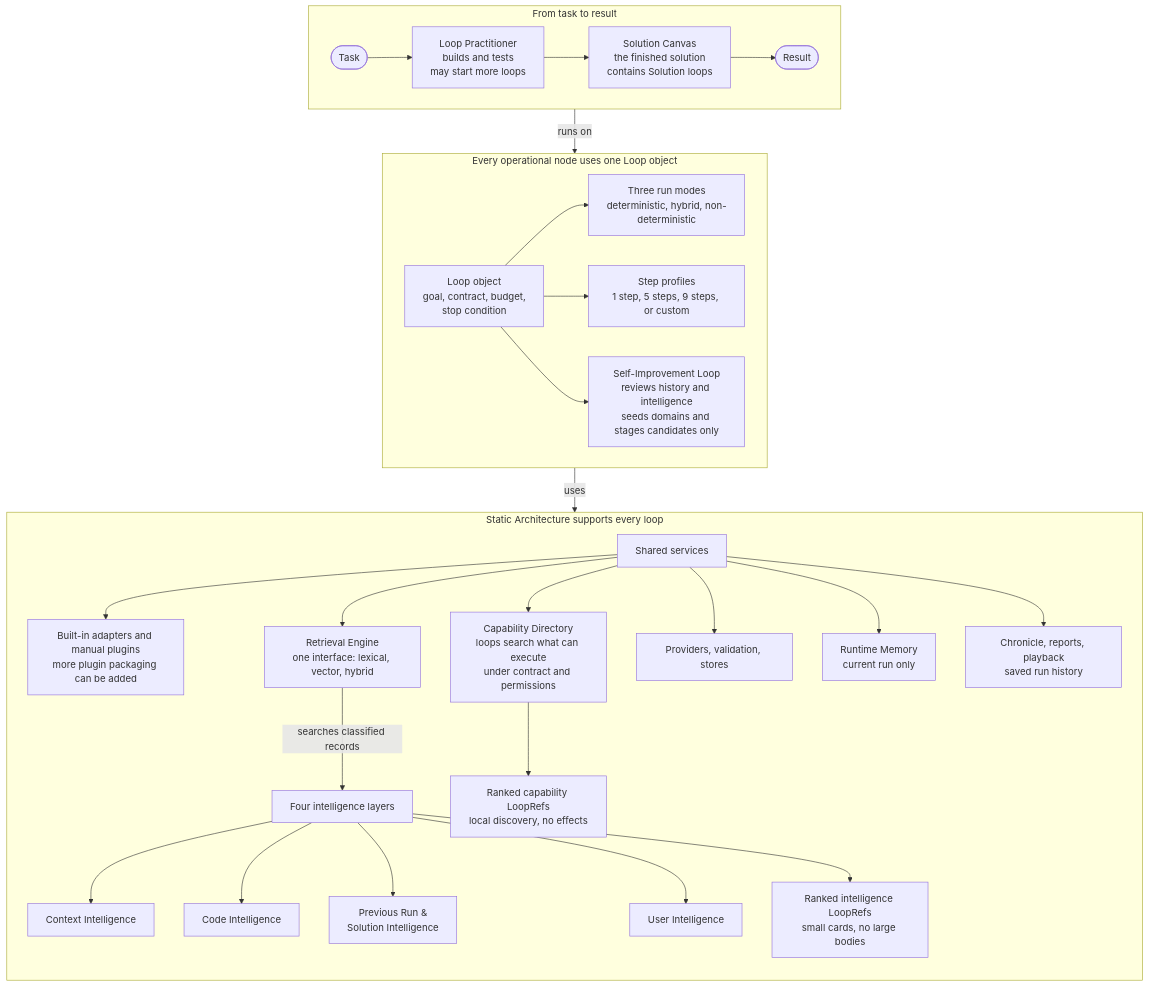
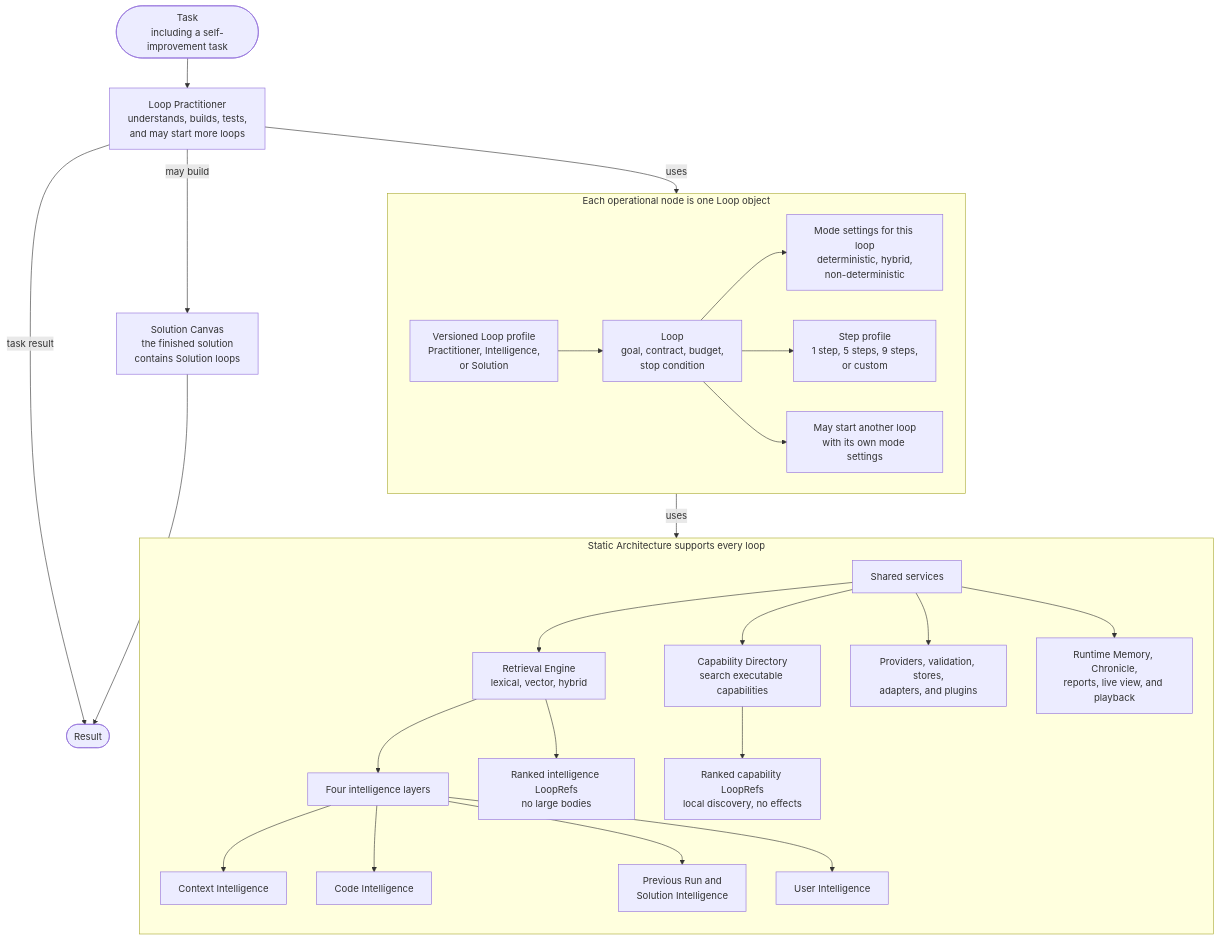
The diagram in README.md (alisonjieli-png/loop-engine), drawn with Mermaid before and after one commit. The commit also changed other lines of this file and 75 other files, not shown here.

Commit message:
feat: standardize loop profiles settings and evaluation

````diff
--- a/README.md
+++ b/README.md
@@ -20,38 +9,37 @@
 ```mermaid
 flowchart TB
-    subgraph FLOW[From task to result]
+    T([Task<br/>including a self-improvement task]) --> P[Loop Practitioner<br/>understands, builds, tests,<br/>and may start more loops]
+    P -->|may build| C[Solution Canvas<br/>the finished solution<br/>contains Solution loops]
+    P -->|task result| R
+    C --> R([Result])
+
+    subgraph LOOP[Each operational node is one Loop object]
         direction LR
-        T([Task]) --> P[Loop Practitioner<br/>builds and tests<br/>may start more loops]
-        P --> C[Solution Canvas<br/>the finished solution<br/>contains Solution loops]
-        C --> R([Result])
-    end
-
-    subgraph RUNTIME[Every operational node uses one Loop object]
-        direction LR
-        L[Loop object<br/>goal, contract, budget,<br/>stop condition]
-        L --> M[Three run modes<br/>deterministic, hybrid, non-deterministic]
-        L --> SP[Step profiles<br/>1 step, 5 steps, 9 steps, or custom]
-        L --> IMP[Self-Improvement Loop<br/>reviews history and intelligence<br/>seeds domains and stages candidates only]
+        LP[Versioned Loop profile<br/>Practitioner, Intelligence,<br/>or Solution] --> L
+        L[Loop<br/>goal, contract, budget,<br/>stop condition]
+        L --> M[Mode settings for this loop<br/>deterministic, hybrid,<br/>non-deterministic]
+        L --> SP[Step profile<br/>1 step, 5 steps, 9 steps,<br/>or custom]
+        L --> SL[May start another loop<br/>with its own mode settings]
     end
 
     subgraph STATIC[Static Architecture supports every loop]
         direction TB
-        A[Shared services]
-        A --> PL[Built-in adapters and manual plugins<br/>more plugin packaging can be added]
-        A --> CD[Capability Directory<br/>loops search what can execute<br/>under contract and permissions]
-        A --> RE[Retrieval Engine<br/>one interface: lexical, vector, hybrid]
-        A --> PS[Providers, validation, stores]
-        RE -->|searches classified records| I[Four intelligence layers]
+        S[Shared services]
+        S --> CD[Capability Directory<br/>search executable capabilities]
+        S --> RE[Retrieval Engine<br/>lexical, vector, hybrid]
+        S --> CORE[Providers, validation, stores,<br/>adapters, and plugins]
+        S --> OBS[Runtime Memory, Chronicle,<br/>reports, live view, and playback]
+
+        RE --> I[Four intelligence layers]
         I --> CX[Context Intelligence]
-        I --> CI[Code Intelligence]
-        I --> HI[Previous Run &amp;<br/>Solution Intelligence]
+        I --> CO[Code Intelligence]
+        I --> HI[Previous Run and<br/>Solution Intelligence]
         I --> UI[User Intelligence]
-        I --> IR[Ranked intelligence LoopRefs<br/>small cards, no large bodies]
+
+        RE --> IR[Ranked intelligence LoopRefs<br/>no large bodies]
         CD --> CR[Ranked capability LoopRefs<br/>local discovery, no effects]
-        A --> RM[Runtime Memory<br/>current run only]
-        A --> CH[Chronicle, reports, playback<br/>saved run history]
     end
 
-    FLOW -->|runs on| RUNTIME
-    RUNTIME -->|uses| STATIC
+    P -->|uses| L
+    L -->|uses| S
 ```
````
